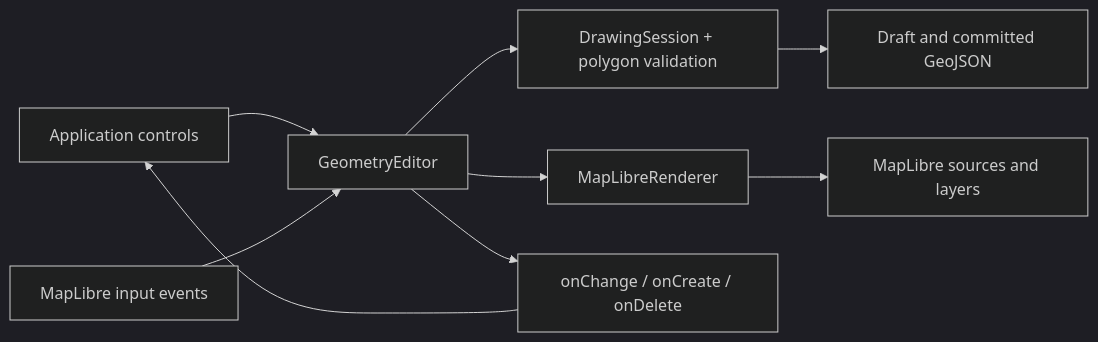
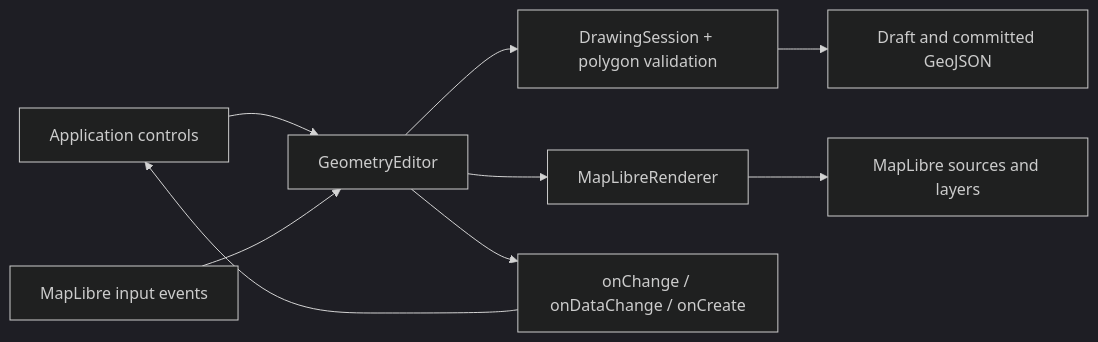
One commit to jorisvdmije/map-master changed the diagram in docs/code-walkthrough.md. Above: the diagram before and after it, drawn with Mermaid (dark theme). The commit also changed other lines of this file and 110 other files, not shown here.

````diff
--- a/docs/code-walkthrough.md
+++ b/docs/code-walkthrough.md
@@ -111,11 +111,11 @@
 ```mermaid
 flowchart LR
   UI[Application controls] --> Editor[GeometryEditor]
   Input[MapLibre input events] --> Editor
   Editor --> Core[DrawingSession + polygon validation]
   Core --> Data[Draft and committed GeoJSON]
   Editor --> Renderer[MapLibreRenderer]
   Renderer --> Map[MapLibre sources and layers]
-  Editor --> Events[onChange / onCreate / onDelete]
+  Editor --> Events[onChange / onDataChange / onCreate]
   Events --> UI
 ```
````
